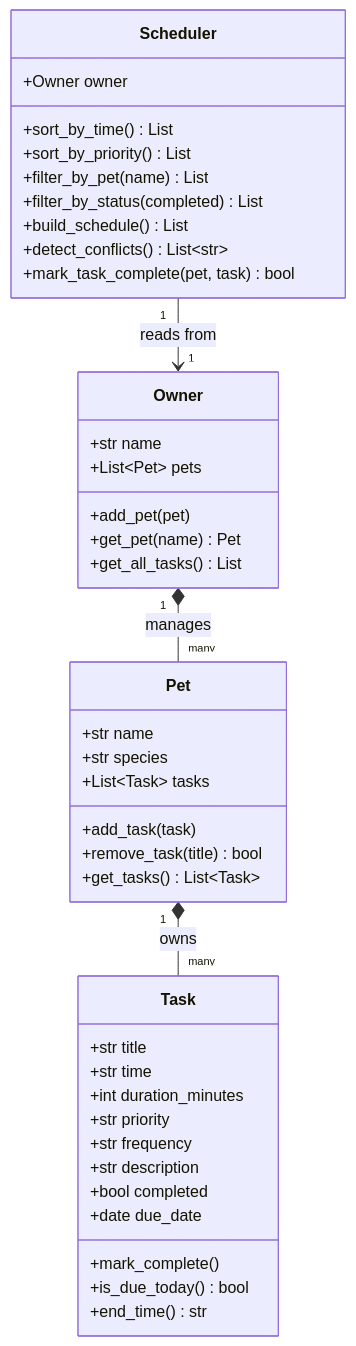
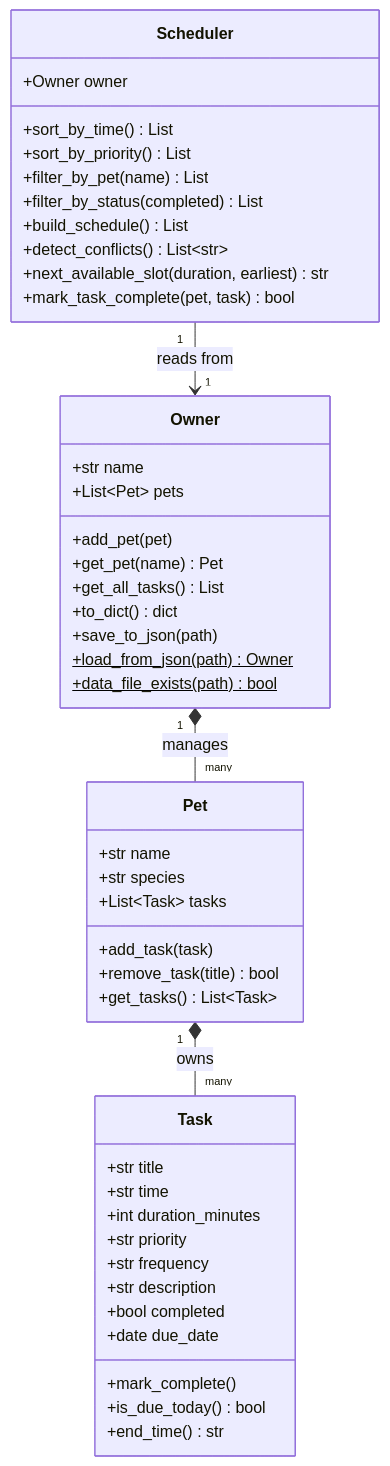
Before and after one commit to dynamiquet/ai110-module2show-pawpal-starter: the diagram in README.md, drawn with Mermaid. The commit also changed other lines of this file and 4 other files, not shown here.

````diff
--- a/README.md
+++ b/README.md
@@ -78,48 +95,53 @@
 ```mermaid
 classDiagram
     class Task {
         +str title
         +str time
         +int duration_minutes
         +str priority
         +str frequency
         +str description
         +bool completed
         +date due_date
         +mark_complete()
         +is_due_today() bool
         +end_time() str
     }
 
     class Pet {
         +str name
         +str species
         +List~Task~ tasks
         +add_task(task)
         +remove_task(title) bool
         +get_tasks() List~Task~
     }
 
     class Owner {
         +str name
         +List~Pet~ pets
         +add_pet(pet)
         +get_pet(name) Pet
         +get_all_tasks() List
+        +to_dict() dict
+        +save_to_json(path)
+        +load_from_json(path)$ Owner
+        +data_file_exists(path)$ bool
     }
 
     class Scheduler {
         +Owner owner
         +sort_by_time() List
         +sort_by_priority() List
         +filter_by_pet(name) List
         +filter_by_status(completed) List
         +build_schedule() List
         +detect_conflicts() List~str~
+        +next_available_slot(duration, earliest) str
         +mark_task_complete(pet, task) bool
     }
 
     Pet "1" *-- "many" Task : owns
     Owner "1" *-- "many" Pet : manages
     Scheduler "1" --> "1" Owner : reads from
 ```
````
